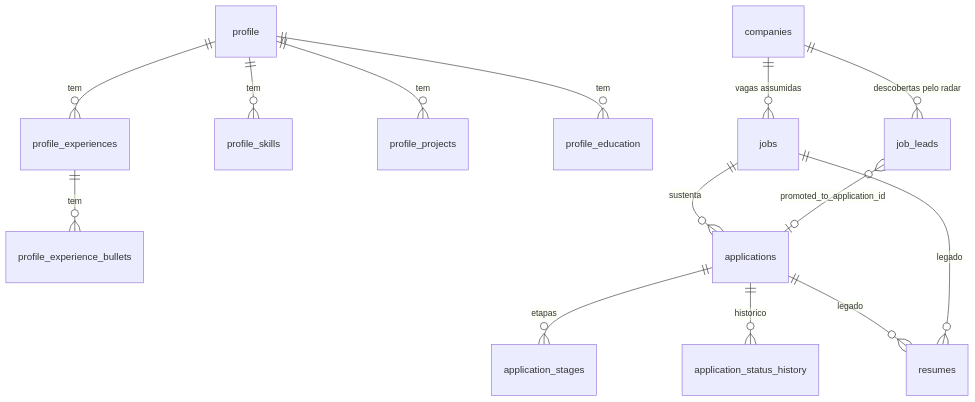
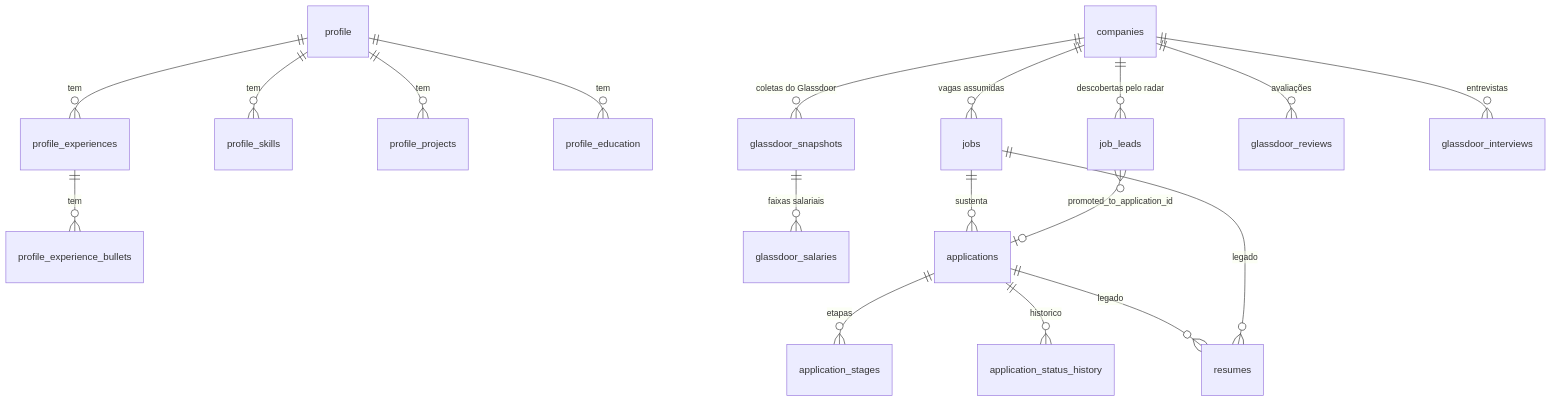
One commit to Gabriel-Fachini/job-tracker changed the diagram in docs/banco-de-dados.md. Above: the diagram before and after it, drawn with Mermaid. The commit also changed other lines of this file and 11 other files, not shown here.

Commit message:
docs(glassdoor): module page, schema, API and env references

````diff
--- a/docs/banco-de-dados.md
+++ b/docs/banco-de-dados.md
@@ -35,17 +35,21 @@
 ```mermaid
 erDiagram
     profile ||--o{ profile_experiences : tem
     profile_experiences ||--o{ profile_experience_bullets : tem
     profile ||--o{ profile_skills : tem
     profile ||--o{ profile_projects : tem
     profile ||--o{ profile_education : tem
 
     companies ||--o{ jobs : "vagas assumidas"
     companies ||--o{ job_leads : "descobertas pelo radar"
+    companies ||--o{ glassdoor_snapshots : "coletas do Glassdoor"
+    companies ||--o{ glassdoor_reviews : "avaliações"
+    companies ||--o{ glassdoor_interviews : "entrevistas"
+    glassdoor_snapshots ||--o{ glassdoor_salaries : "faixas salariais"
     jobs ||--o{ applications : sustenta
     applications ||--o{ application_stages : etapas
     applications ||--o{ application_status_history : historico
     job_leads }o--o| applications : "promoted_to_application_id"
     applications ||--o{ resumes : "legado"
     jobs ||--o{ resumes : "legado"
 ```
````
